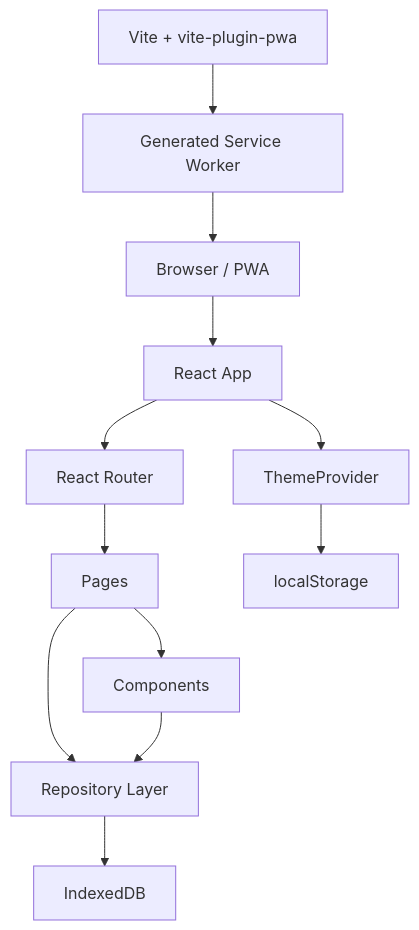
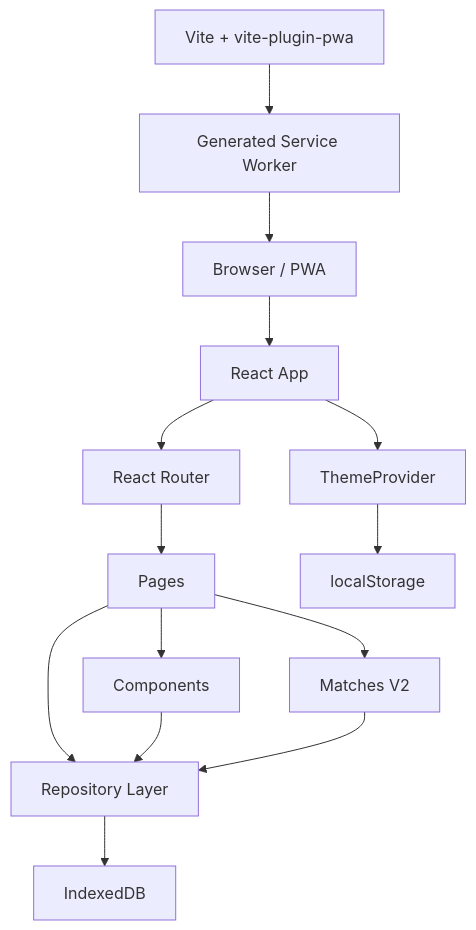
The diagram in docs/02-architecture.md (Alexpagliasso/coach-field), drawn with Mermaid before and after one commit. The commit also changed other lines of this file and 25 other files, not shown here.

````diff
--- a/docs/02-architecture.md
+++ b/docs/02-architecture.md
@@ -7,14 +7,16 @@
 ```mermaid
 flowchart TD
     Browser[Browser / PWA] --> React[React App]
     React --> Router[React Router]
     Router --> Pages[Pages]
     Pages --> Components[Components]
     Pages --> Repositories[Repository Layer]
     Components --> Repositories
     Repositories --> IDB[IndexedDB]
+    Pages --> Matches[Matches V2]
+    Matches --> Repositories
     React --> Theme[ThemeProvider]
     Theme --> LocalStorage[localStorage]
     Vite[Vite + vite-plugin-pwa] --> ServiceWorker[Generated Service Worker]
     ServiceWorker --> Browser
 ```
````
